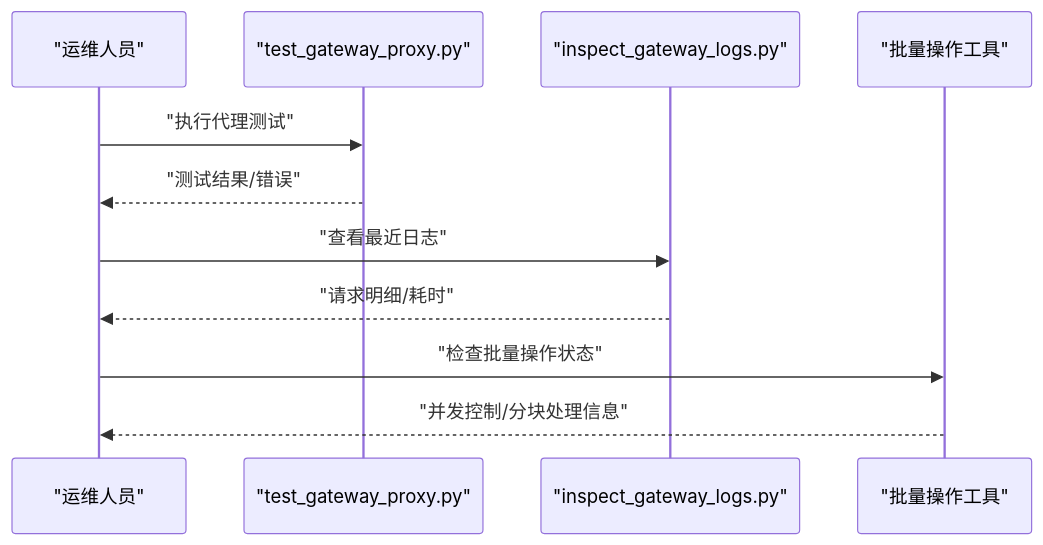
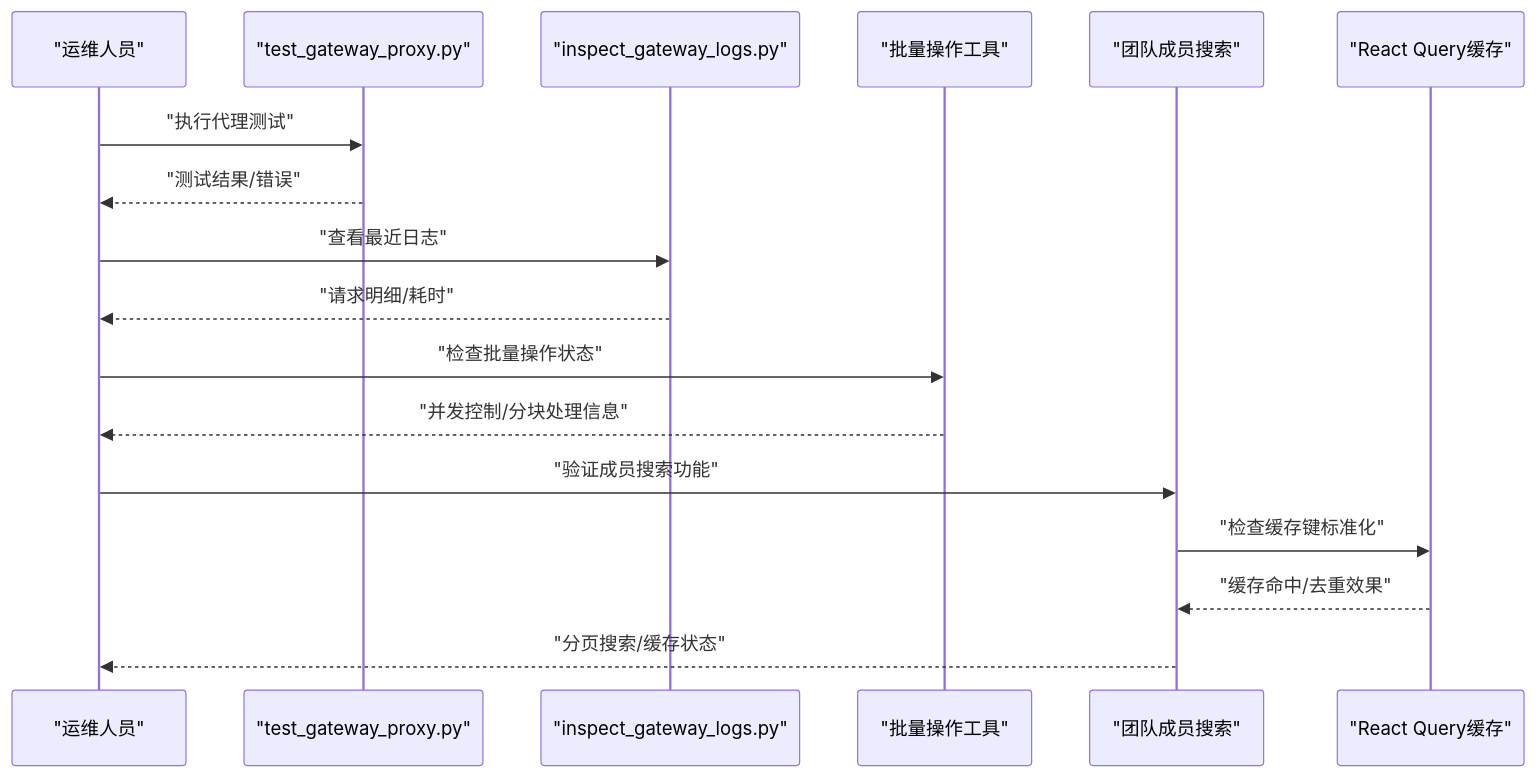
Before and after one commit to tianyehedashu/ai-agent: diagram 15 of 15 in .qoder/repowiki/zh/content/API参考文档/REST API规范/网关API.md, drawn with Mermaid. The commit also changed other lines of this file and 50 other files, not shown here.

````diff
--- a/.qoder/repowiki/zh/content/API参考文档/REST API规范/网关API.md
+++ b/.qoder/repowiki/zh/content/API参考文档/REST API规范/网关API.md
@@ -489,13 +643,19 @@
 ```mermaid
 sequenceDiagram
 participant Operator as "运维人员"
 participant Script as "test_gateway_proxy.py"
 participant Logs as "inspect_gateway_logs.py"
 participant Batch as "批量操作工具"
+participant MemberSearch as "团队成员搜索"
+participant ReactQuery as "React Query缓存"
 Operator->>Script : "执行代理测试"
 Script-->>Operator : "测试结果/错误"
 Operator->>Logs : "查看最近日志"
 Logs-->>Operator : "请求明细/耗时"
 Operator->>Batch : "检查批量操作状态"
 Batch-->>Operator : "并发控制/分块处理信息"
+Operator->>MemberSearch : "验证成员搜索功能"
+MemberSearch->>ReactQuery : "检查缓存键标准化"
+ReactQuery-->>MemberSearch : "缓存命中/去重效果"
+MemberSearch-->>Operator : "分页搜索/缓存状态"
 ```
````
